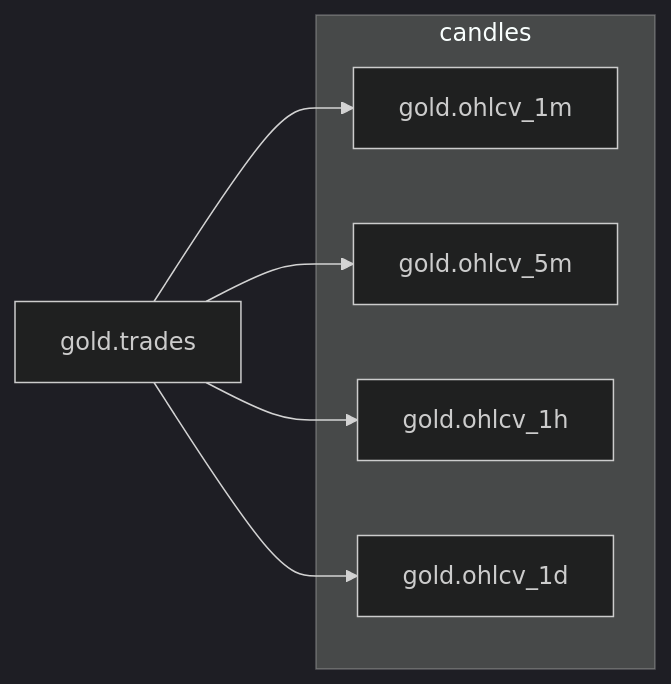
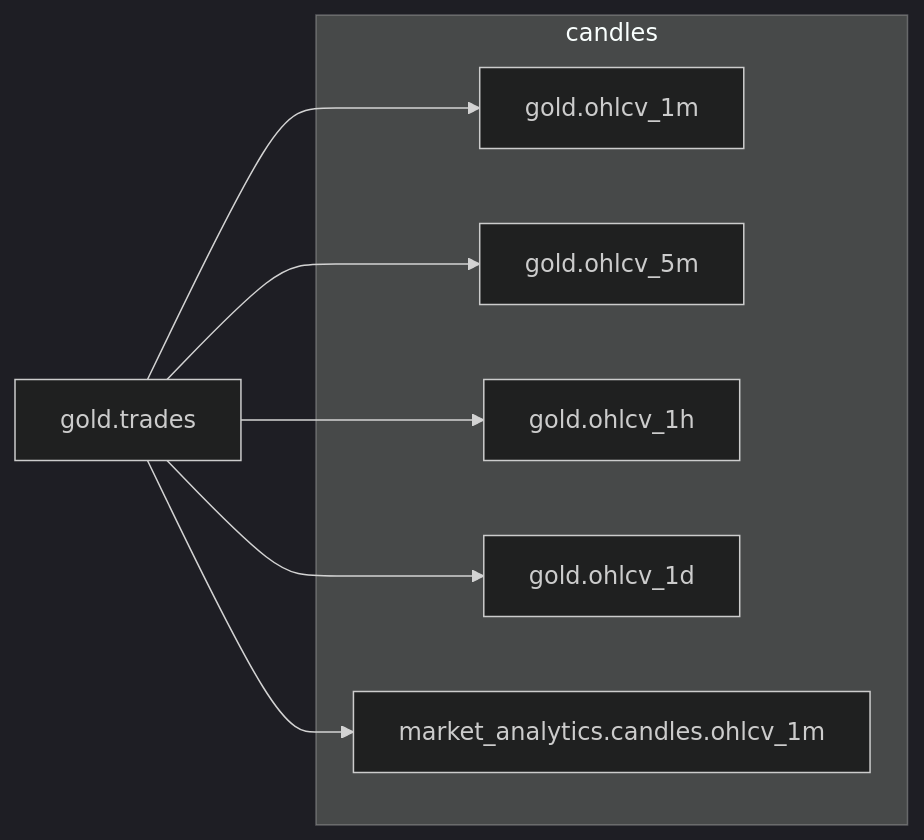
One commit to rjdscott/k2-market-data-platform changed the diagram in docs/products/market-analytics/candles.md. Above: the diagram before and after it, drawn with Mermaid (dark theme). The commit also changed 23 other files, not shown here.

````diff
--- a/docs/products/market-analytics/candles.md
+++ b/docs/products/market-analytics/candles.md
@@ -16,14 +16,16 @@
 ```mermaid
 flowchart LR
   n0["gold.trades"]
   subgraph product ["candles"]
     n1["gold.ohlcv_1m"]
     n2["gold.ohlcv_5m"]
     n3["gold.ohlcv_1h"]
     n4["gold.ohlcv_1d"]
+    n5["market_analytics.candles.ohlcv_1m"]
   end
   n0 --> n1
   n0 --> n2
   n0 --> n3
   n0 --> n4
+  n0 --> n5
 ```
````
